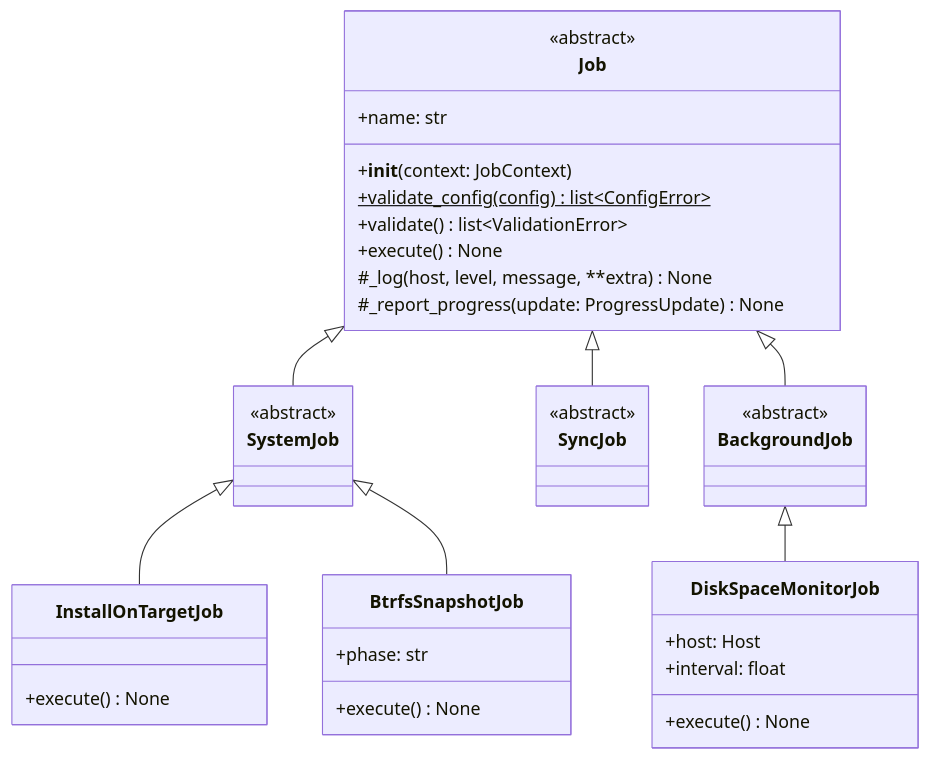
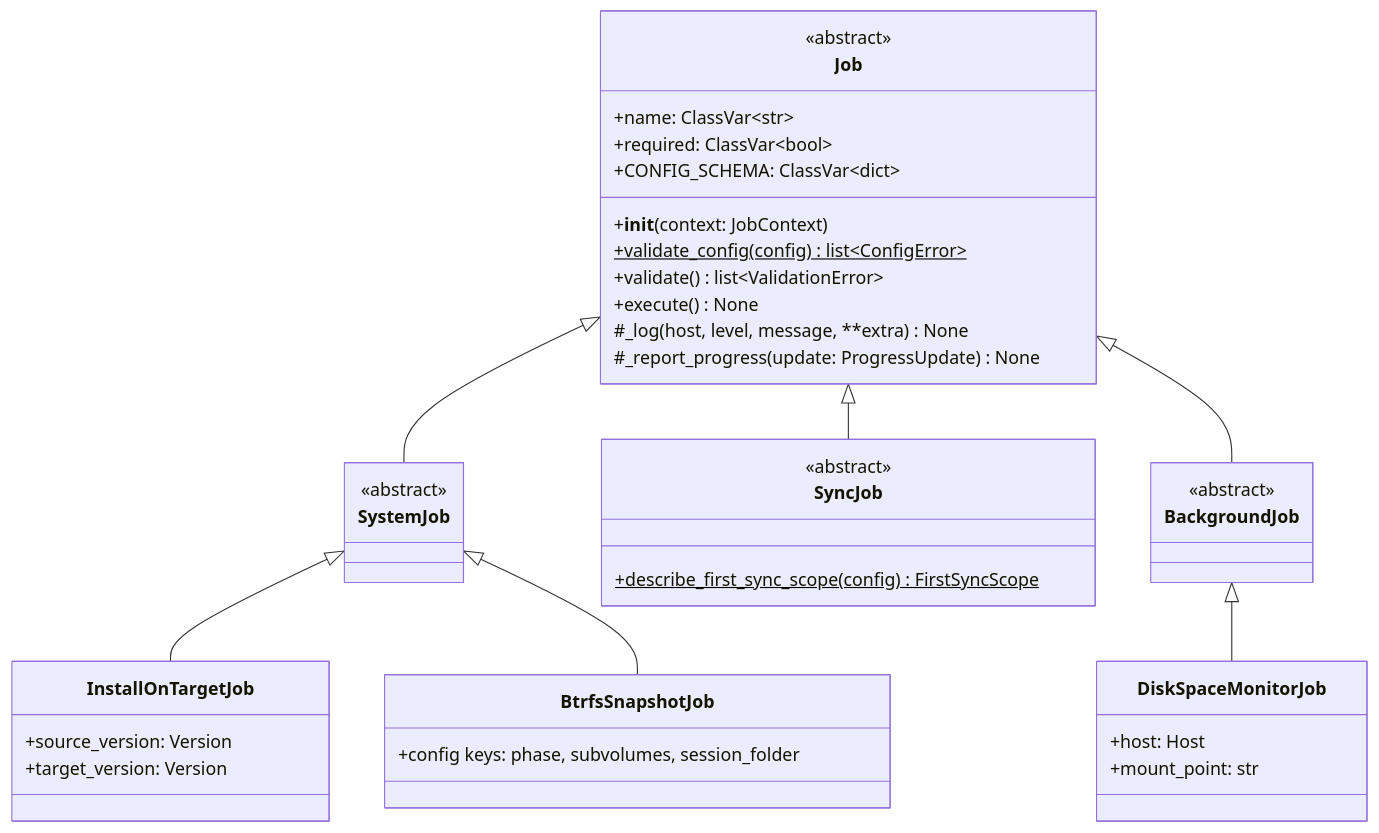
The fourth of 6 diagrams in docs/system/architecture.md (flaksit/pc-switcher), drawn with Mermaid before and after one commit. The commit also changed other lines of this file and 2 other files, not shown here.

````diff
--- a/docs/system/architecture.md
+++ b/docs/system/architecture.md
@@ -160,47 +171,49 @@
 ```mermaid
 classDiagram
     class Job {
         <<abstract>>
-        +name: str
+        +name: ClassVar~str~
+        +required: ClassVar~bool~
+        +CONFIG_SCHEMA: ClassVar~dict~
         +__init__(context: JobContext)
         +validate_config(config)$ list~ConfigError~
         +validate() list~ValidationError~
         +execute() None
         #_log(host, level, message, **extra) None
         #_report_progress(update: ProgressUpdate) None
     }
 
     class SystemJob {
         <<abstract>>
     }
 
     class SyncJob {
         <<abstract>>
+        +describe_first_sync_scope(config)$ FirstSyncScope
     }
 
     class BackgroundJob {
         <<abstract>>
     }
 
     class InstallOnTargetJob {
-        +execute() None
+        +source_version: Version
+        +target_version: Version
     }
 
     class BtrfsSnapshotJob {
-        +phase: str
-        +execute() None
+        +config keys: phase, subvolumes, session_folder
     }
 
     class DiskSpaceMonitorJob {
         +host: Host
-        +interval: float
-        +execute() None
+        +mount_point: str
     }
 
     Job <|-- SystemJob
     Job <|-- SyncJob
     Job <|-- BackgroundJob
     SystemJob <|-- InstallOnTargetJob
     SystemJob <|-- BtrfsSnapshotJob
     BackgroundJob <|-- DiskSpaceMonitorJob
 ```
````
